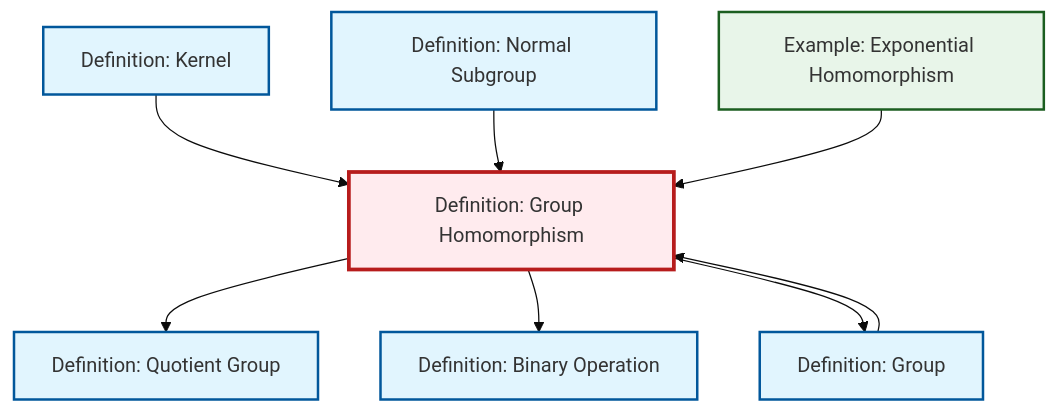
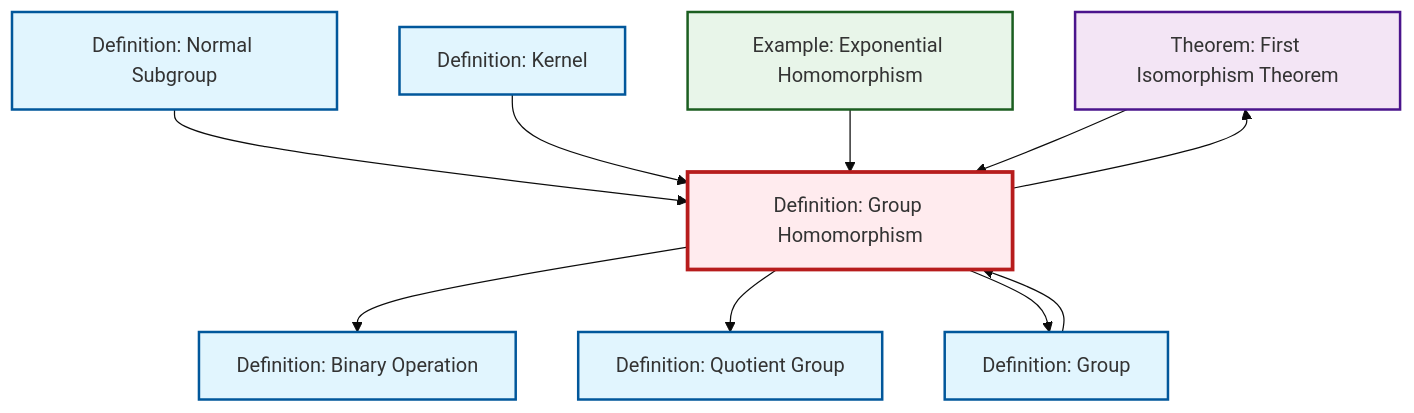
Before and after one commit to RK0429/ModernMath: the diagram in content/ja/algebra/def-homomorphism.qmd, drawn with Mermaid (base theme). The commit also changed 615 other files, not shown here.

````diff
--- a/content/ja/algebra/def-homomorphism.qmd
+++ b/content/ja/algebra/def-homomorphism.qmd
@@ -65,30 +65,34 @@
 ```{mermaid}
 %%| fig-cap: "Local dependency graph"
 graph TD
     classDef definition fill:#e1f5fe,stroke:#01579b,stroke-width:2px
     classDef theorem fill:#f3e5f5,stroke:#4a148c,stroke-width:2px
     classDef axiom fill:#fff3e0,stroke:#e65100,stroke-width:2px
     classDef example fill:#e8f5e9,stroke:#1b5e20,stroke-width:2px
     classDef current fill:#ffebee,stroke:#b71c1c,stroke-width:3px
+    thm-first-isomorphism["Theorem: First Isomorphism Theorem"]:::theorem
+    def-homomorphism["Definition: Group Homomorphism"]:::definition
+    def-kernel["Definition: Kernel"]:::definition
+    def-group["Definition: Group"]:::definition
+    ex-exponential-homomorphism["Example: Exponential Homomorphism"]:::example
+    def-binary-operation["Definition: Binary Operation"]:::definition
+    def-normal-subgroup["Definition: Normal Subgroup"]:::definition
     def-quotient-group["Definition: Quotient Group"]:::definition
-    def-kernel["Definition: Kernel"]:::definition
-    def-homomorphism["Definition: Group Homomorphism"]:::definition
-    ex-exponential-homomorphism["Example: Exponential Homomorphism"]:::example
-    def-normal-subgroup["Definition: Normal Subgroup"]:::definition
-    def-group["Definition: Group"]:::definition
-    def-binary-operation["Definition: Binary Operation"]:::definition
-    def-kernel --> def-homomorphism
-    def-homomorphism --> def-quotient-group
     def-normal-subgroup --> def-homomorphism
     def-homomorphism --> def-binary-operation
+    def-kernel --> def-homomorphism
+    ex-exponential-homomorphism --> def-homomorphism
+    def-homomorphism --> def-quotient-group
+    def-homomorphism --> def-group
+    thm-first-isomorphism --> def-homomorphism
     def-group --> def-homomorphism
-    def-homomorphism --> def-group
-    ex-exponential-homomorphism --> def-homomorphism
+    def-homomorphism --> thm-first-isomorphism
     class def-homomorphism current
+    click thm-first-isomorphism "thm-first-isomorphism.html" "Theorem: First Isomorphism Theoremへ"
+    click def-kernel "def-kernel.html" "Definition: Kernelへ"
+    click def-group "def-group.html" "Definition: Groupへ"
+    click ex-exponential-homomorphism "ex-exponential-homomorphism.html" "Example: Exponential Homomorphismへ"
+    click def-binary-operation "def-binary-operation.html" "Definition: Binary Operationへ"
+    click def-normal-subgroup "def-normal-subgroup.html" "Definition: Normal Subgroupへ"
     click def-quotient-group "def-quotient-group.html" "Definition: Quotient Groupへ"
-    click def-kernel "def-kernel.html" "Definition: Kernelへ"
-    click ex-exponential-homomorphism "ex-exponential-homomorphism.html" "Example: Exponential Homomorphismへ"
-    click def-normal-subgroup "def-normal-subgroup.html" "Definition: Normal Subgroupへ"
-    click def-group "def-group.html" "Definition: Groupへ"
-    click def-binary-operation "def-binary-operation.html" "Definition: Binary Operationへ"
 ```
````
